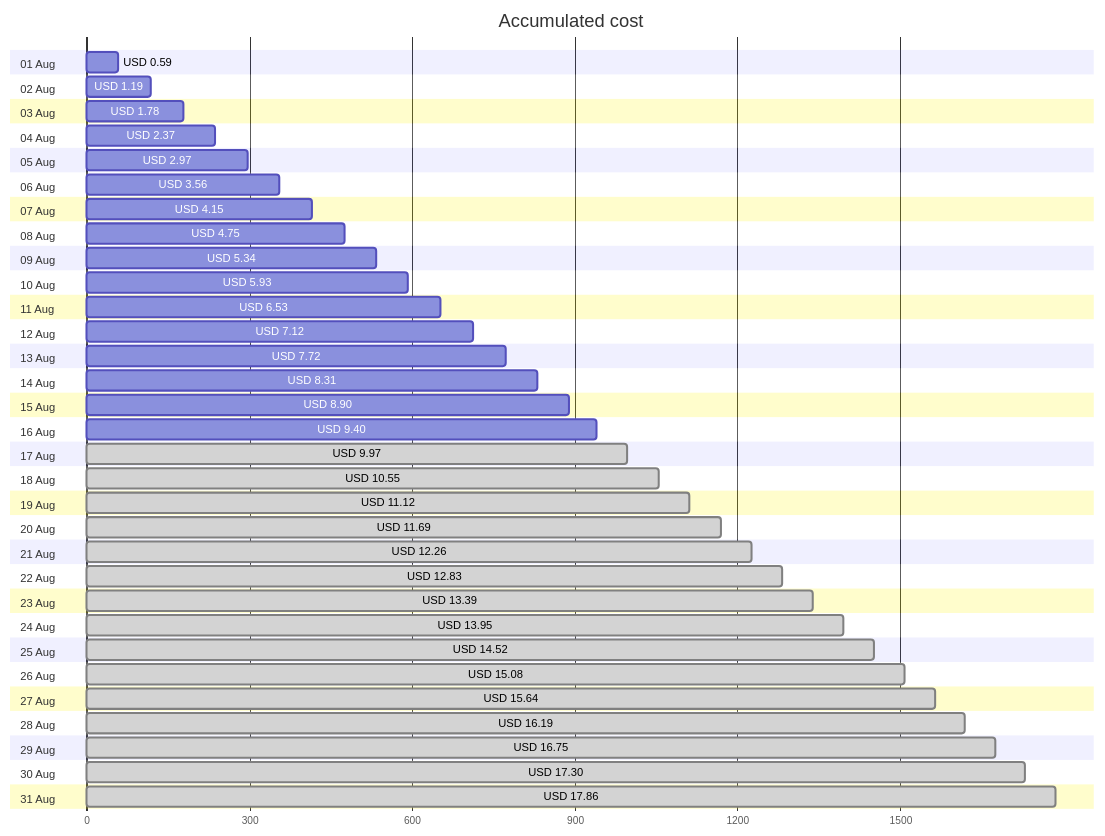
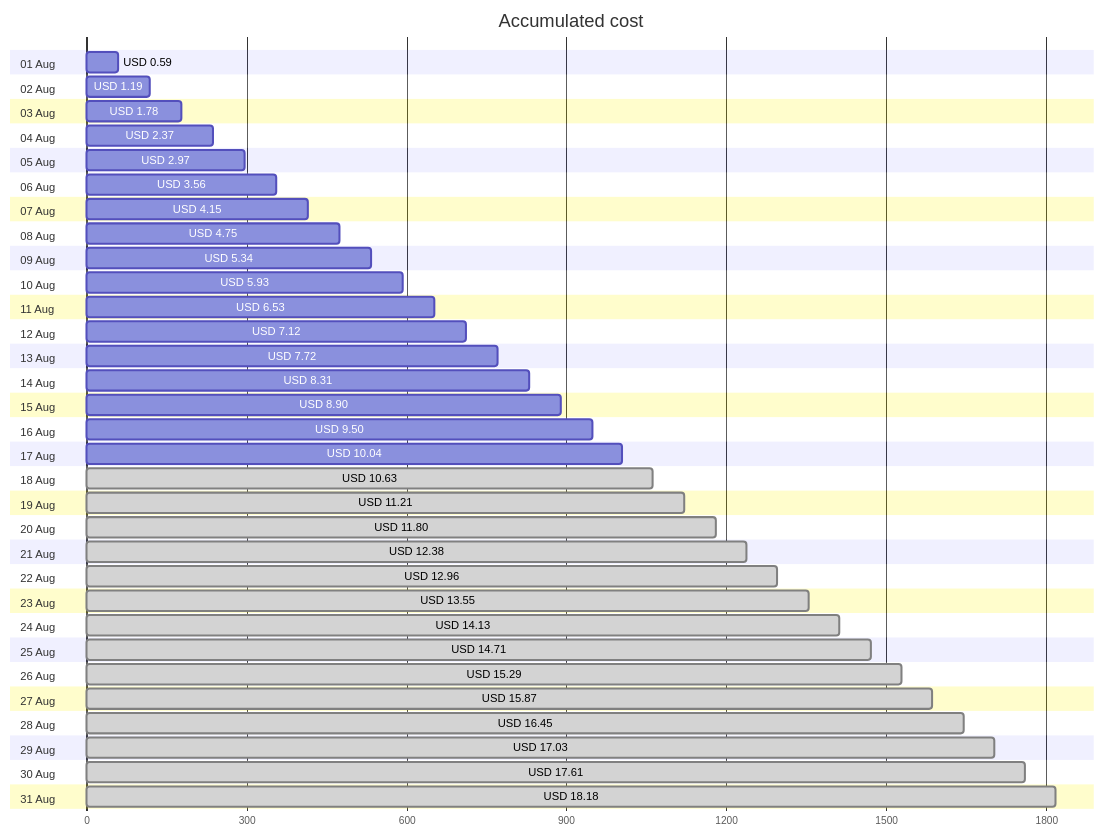
The first of 4 diagrams in cost-reports/personal-site/README.md (jpfulton/azure-personal-reports), drawn with Mermaid before and after one commit. The commit also changed other lines of this file and 6 other files, not shown here.

````diff
--- a/cost-reports/personal-site/README.md
+++ b/cost-reports/personal-site/README.md
@@ -20,68 +20,68 @@
 ```mermaid
 gantt
    title Accumulated cost
    dateFormat  X
    axisFormat %s
    section 01 Aug
    USD 0.59 :0, 59
    section 02 Aug
    USD 1.19 :0, 119
    section 03 Aug
    USD 1.78 :0, 178
    section 04 Aug
    USD 2.37 :0, 237
    section 05 Aug
    USD 2.97 :0, 297
    section 06 Aug
    USD 3.56 :0, 356
    section 07 Aug
    USD 4.15 :0, 415
    section 08 Aug
    USD 4.75 :0, 475
    section 09 Aug
    USD 5.34 :0, 534
    section 10 Aug
    USD 5.93 :0, 593
    section 11 Aug
    USD 6.53 :0, 653
    section 12 Aug
    USD 7.12 :0, 712
    section 13 Aug
    USD 7.72 :0, 772
    section 14 Aug
    USD 8.31 :0, 831
    section 15 Aug
    USD 8.90 :0, 890
    section 16 Aug
-   USD 9.40 :0, 940
+   USD 9.50 :0, 950
    section 17 Aug
-   USD 9.97 : done, 0, 997
+   USD 10.04 :0, 1004
    section 18 Aug
-   USD 10.55 : done, 0, 1055
+   USD 10.63 : done, 0, 1063
    section 19 Aug
-   USD 11.12 : done, 0, 1112
+   USD 11.21 : done, 0, 1121
    section 20 Aug
-   USD 11.69 : done, 0, 1169
+   USD 11.80 : done, 0, 1180
    section 21 Aug
-   USD 12.26 : done, 0, 1226
+   USD 12.38 : done, 0, 1238
    section 22 Aug
-   USD 12.83 : done, 0, 1283
+   USD 12.96 : done, 0, 1296
    section 23 Aug
-   USD 13.39 : done, 0, 1339
+   USD 13.55 : done, 0, 1355
    section 24 Aug
-   USD 13.95 : done, 0, 1395
+   USD 14.13 : done, 0, 1413
    section 25 Aug
-   USD 14.52 : done, 0, 1452
+   USD 14.71 : done, 0, 1471
    section 26 Aug
-   USD 15.08 : done, 0, 1508
+   USD 15.29 : done, 0, 1529
    section 27 Aug
-   USD 15.64 : done, 0, 1564
+   USD 15.87 : done, 0, 1587
    section 28 Aug
-   USD 16.19 : done, 0, 1619
+   USD 16.45 : done, 0, 1645
    section 29 Aug
-   USD 16.75 : done, 0, 1675
+   USD 17.03 : done, 0, 1703
    section 30 Aug
-   USD 17.30 : done, 0, 1730
+   USD 17.61 : done, 0, 1761
    section 31 Aug
-   USD 17.86 : done, 0, 1786
+   USD 18.18 : done, 0, 1818
 ```
````
